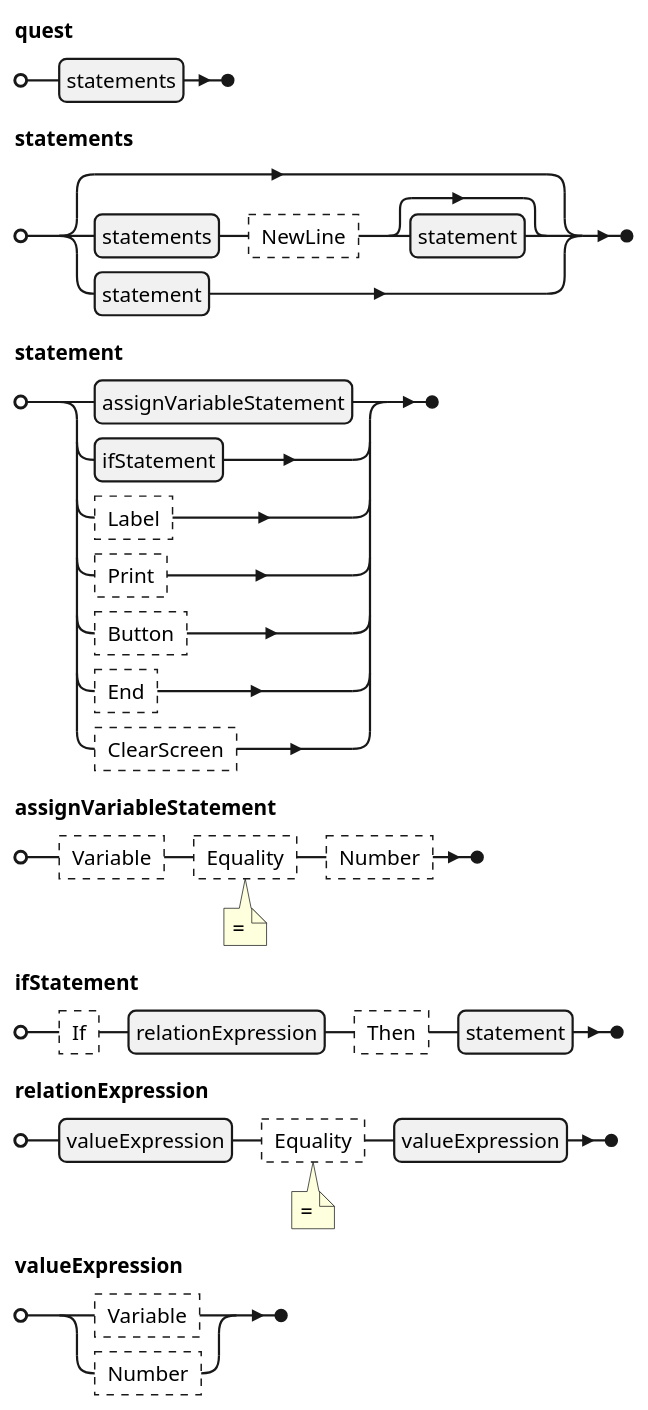
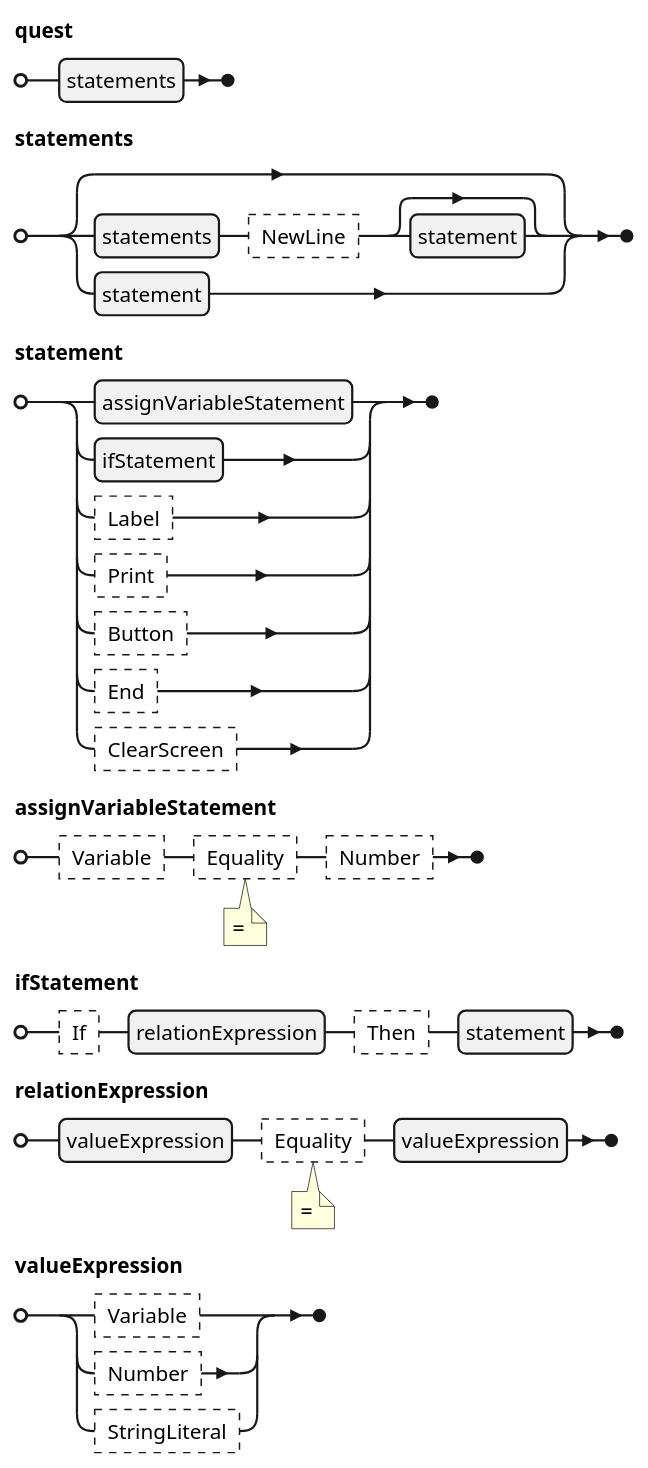
Before and after one commit to realsonic/MURQ: the first of 9 diagrams in Application/MURQ.URQL/docs/URQL Syntax.md, drawn with PlantUML. The commit also changed other lines of this file and 28 other files, not shown here.

````diff
--- a/Application/MURQ.URQL/docs/URQL Syntax.md
+++ b/Application/MURQ.URQL/docs/URQL Syntax.md
@@ -2,27 +2,27 @@
 ```plantuml
 @startebnf URQL
 quest = statements;
 
 statements = [
         statements, ? NewLine ?, [statement]
         | statement
     ];
 
 statement = 
       assignVariableStatement
     | ifStatement
     | ? Label ?
     | ? Print ?
     | ? Button ?
     | ? End ?
     | ? ClearScreen ?;
 
 assignVariableStatement = ? Variable ?,  ? Equality ? (*""=""*), ? Number ?;
 
 ifStatement = ? If ?, relationExpression, ? Then ?, statement;
 
 relationExpression = valueExpression, ? Equality ? (*""=""*), valueExpression;
 
-valueExpression = ? Variable ? | ? Number ?;
+valueExpression = ? Variable ? | ? Number ? | ? StringLiteral ?;
 @endebnf
 ```
````
